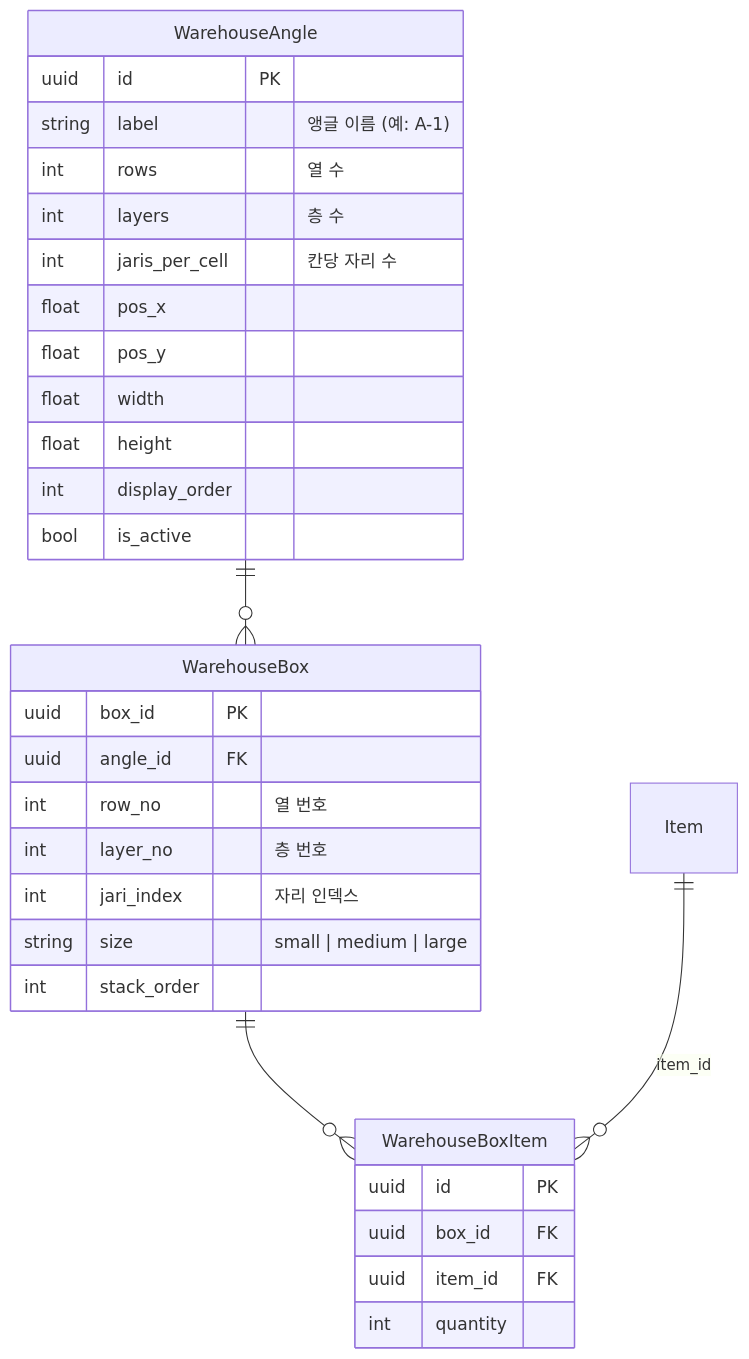
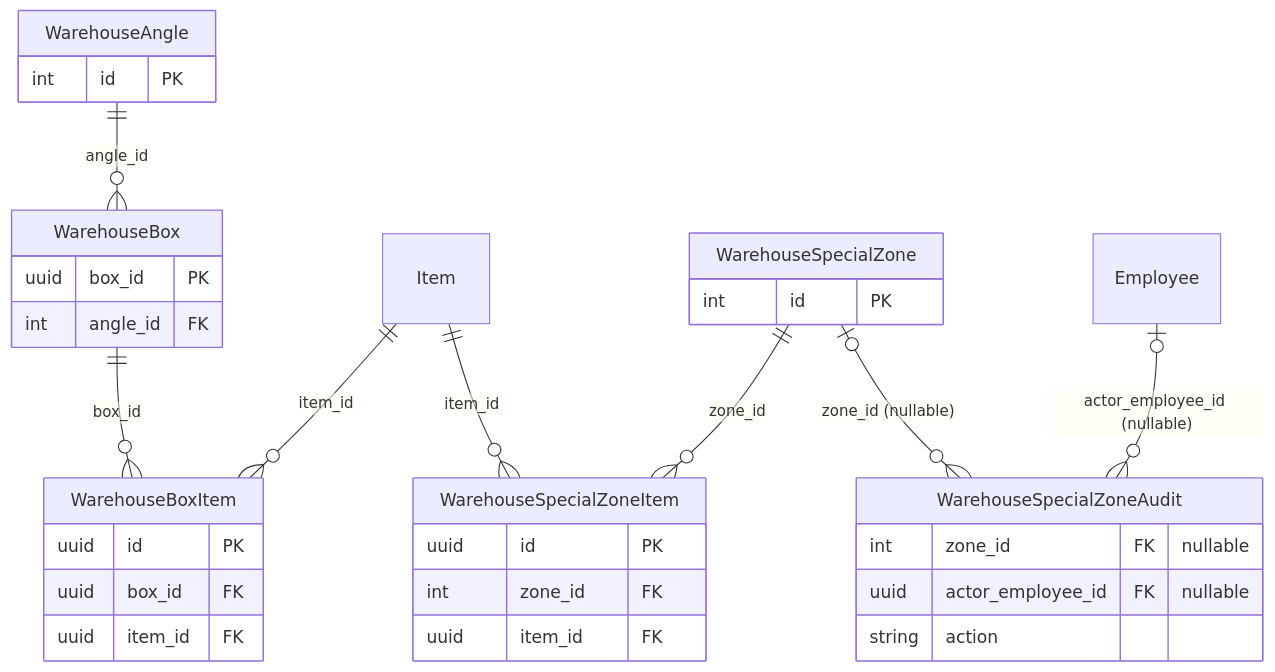
Before and after one commit to Hw-03/ERP: the sixth of 7 diagrams in _attic/docs/ERD.md, drawn with Mermaid. The commit also changed other lines of this file and 50 other files, not shown here.

````diff
--- a/_attic/docs/ERD.md
+++ b/_attic/docs/ERD.md
@@ -289,37 +281,36 @@
 ```mermaid
 erDiagram
-    WarehouseAngle ||--o{ WarehouseBox : ""
-    WarehouseBox ||--o{ WarehouseBoxItem : ""
+    WarehouseAngle ||--o{ WarehouseBox : "angle_id"
+    WarehouseBox ||--o{ WarehouseBoxItem : "box_id"
     Item ||--o{ WarehouseBoxItem : "item_id"
+    WarehouseSpecialZone ||--o{ WarehouseSpecialZoneItem : "zone_id"
+    Item ||--o{ WarehouseSpecialZoneItem : "item_id"
+    WarehouseSpecialZone o|--o{ WarehouseSpecialZoneAudit : "zone_id (nullable)"
+    Employee o|--o{ WarehouseSpecialZoneAudit : "actor_employee_id (nullable)"
 
     WarehouseAngle {
-        uuid id PK
-        string label "앵글 이름 (예: A-1)"
-        int rows "열 수"
-        int layers "층 수"
-        int jaris_per_cell "칸당 자리 수"
-        float pos_x
-        float pos_y
-        float width
-        float height
-        int display_order
-        bool is_active
+        int id PK
     }
-
     WarehouseBox {
         uuid box_id PK
-        uuid angle_id FK
-        int row_no "열 번호"
-        int layer_no "층 번호"
-        int jari_index "자리 인덱스"
-        string size "small | medium | large"
-        int stack_order
+        int angle_id FK
     }
-
     WarehouseBoxItem {
         uuid id PK
         uuid box_id FK
         uuid item_id FK
-        int quantity
+    }
+    WarehouseSpecialZone {
+        int id PK
+    }
+    WarehouseSpecialZoneItem {
+        uuid id PK
+        int zone_id FK
+        uuid item_id FK
+    }
+    WarehouseSpecialZoneAudit {
+        int zone_id FK "nullable"
+        uuid actor_employee_id FK "nullable"
+        string action
     }
 ```
````
